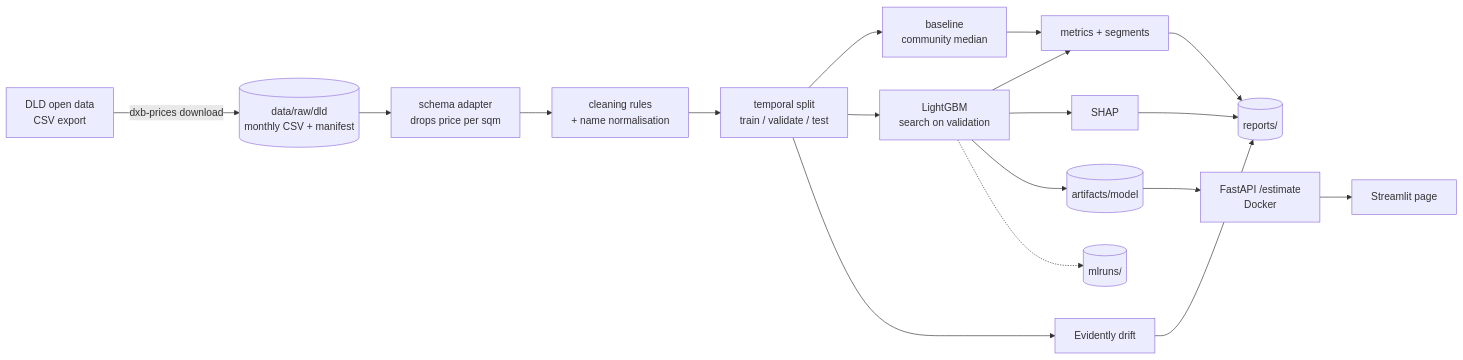
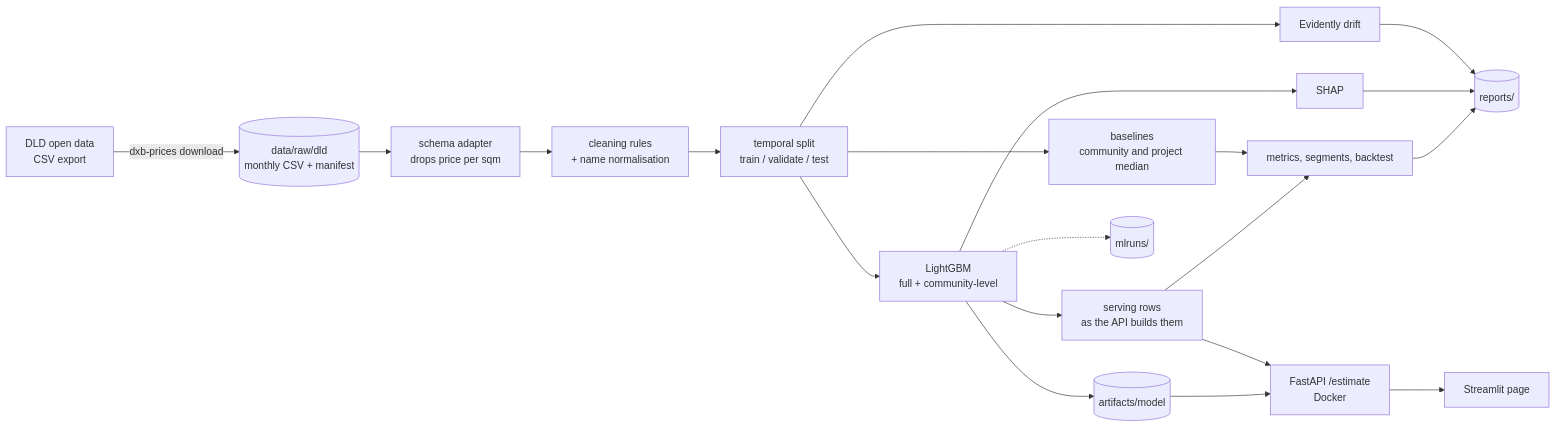
The diagram in README.md (fasharif/dxb-prices), drawn with Mermaid before and after one commit. The commit also changed other lines of this file and 4 other files, not shown here.

First line of the commit message:
docs: publish the August 2026 results as the API serves them

````diff
--- a/README.md
+++ b/README.md
@@ -140,20 +167,22 @@
 ```mermaid
 flowchart LR
     A[DLD open data<br/>CSV export] -->|dxb-prices download| B[(data/raw/dld<br/>monthly CSV + manifest)]
     B --> C[schema adapter<br/>drops price per sqm]
     C --> D[cleaning rules<br/>+ name normalisation]
     D --> E[temporal split<br/>train / validate / test]
-    E --> F[baseline<br/>community median]
-    E --> G[LightGBM<br/>search on validation]
-    F --> H[metrics + segments]
-    G --> H
+    E --> F[baselines<br/>community and project median]
+    E --> G[LightGBM<br/>full + community-level]
+    G --> S[serving rows<br/>as the API builds them]
+    S --> H[metrics, segments, backtest]
+    F --> H
     G --> I[SHAP]
     E --> J[Evidently drift]
     H --> K[(reports/)]
     I --> K
     J --> K
     G --> L[(artifacts/model)]
     G -.-> M[(mlruns/)]
     L --> N[FastAPI /estimate<br/>Docker]
+    S --> N
     N --> O[Streamlit page]
 ```
````
